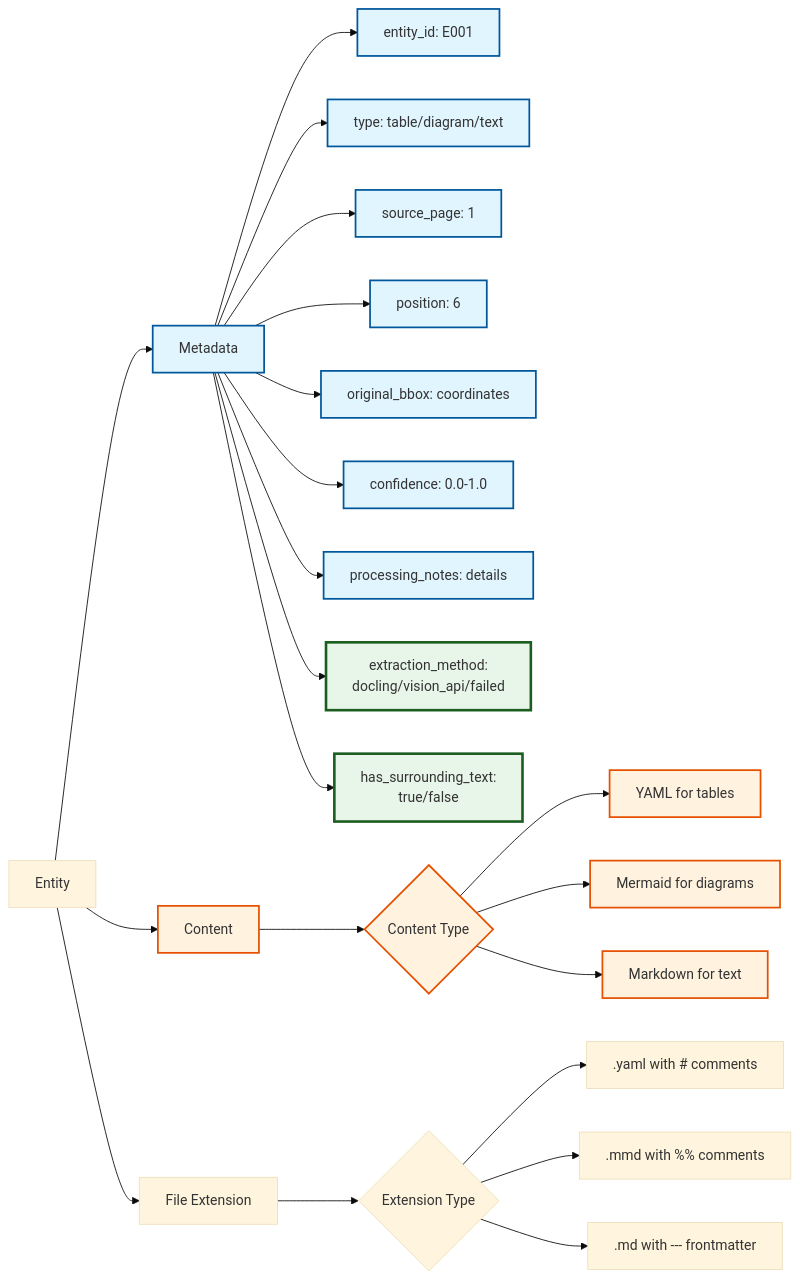
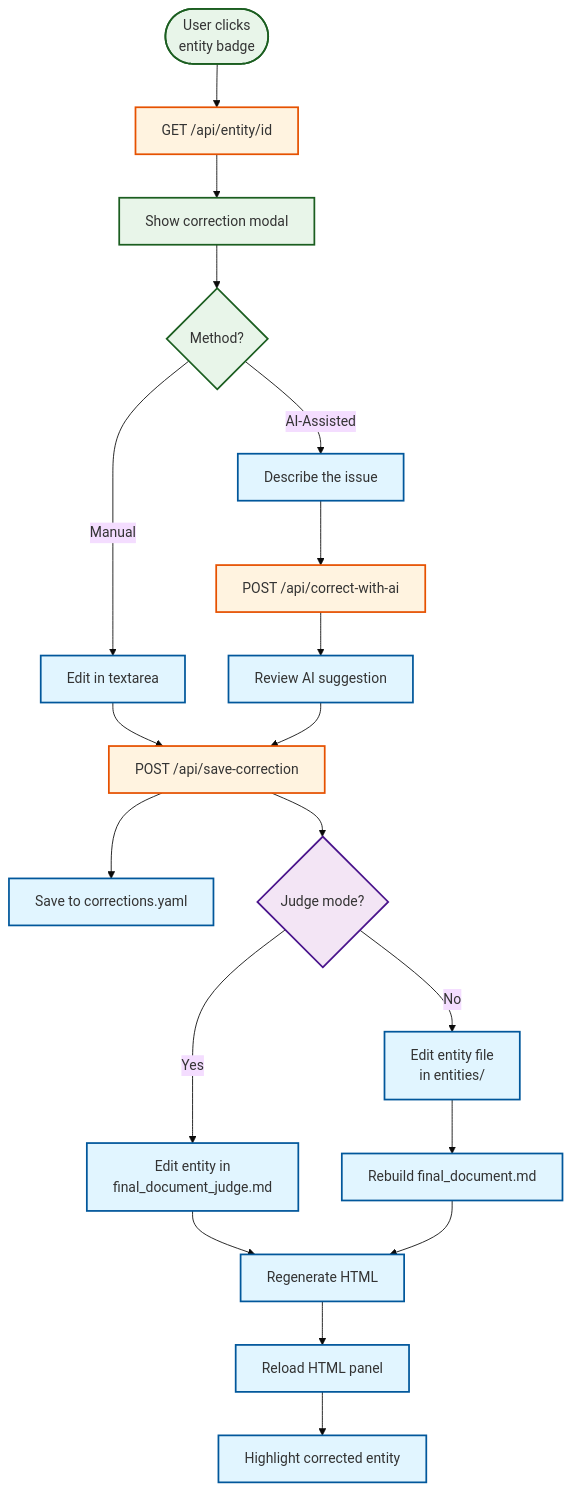
One commit to wonderful-michelakis/danaos_processing changed the fifth of 6 diagrams in docs/architecture/PIPELINE_DIAGRAM.md. Above: the diagram before and after it, drawn with Mermaid (base theme). The commit also changed other lines of this file and 8 other files, not shown here.

````diff
--- a/docs/architecture/PIPELINE_DIAGRAM.md
+++ b/docs/architecture/PIPELINE_DIAGRAM.md
@@ -197,35 +167,39 @@
 ```mermaid
-graph LR
-    Entity[Entity] --> Meta[Metadata]
-    Entity --> Content[Content]
-    Entity --> FileExt[File Extension]
+graph TB
+    UserClick([User clicks<br/>entity badge]) --> FetchEntity[GET /api/entity/id]
+    FetchEntity --> ShowModal[Show correction modal]
 
-    Meta --> ID[entity_id: E001]
-    Meta --> Type[type: table/diagram/text]
-    Meta --> Page[source_page: 1]
-    Meta --> Pos[position: 6]
-    Meta --> BBox[original_bbox: coordinates]
-    Meta --> Conf[confidence: 0.0-1.0]
-    Meta --> Notes[processing_notes: details]
-    Meta --> Method[extraction_method:<br/>docling/vision_api/failed]
-    Meta --> HasText[has_surrounding_text:<br/>true/false]
+    ShowModal --> ChooseMethod{Method?}
 
-    Content --> ContentType{Content Type}
-    ContentType --> TableYAML[YAML for tables]
-    ContentType --> Mermaid[Mermaid for diagrams]
-    ContentType --> Markdown[Markdown for text]
+    ChooseMethod -->|Manual| EditTextarea[Edit in textarea]
+    ChooseMethod -->|AI-Assisted| DescribeIssue[Describe the issue]
 
-    FileExt --> ExtType{Extension Type}
-    ExtType --> YAMLExt[.yaml with # comments]
-    ExtType --> MermaidExt[.mmd with %% comments]
-    ExtType --> MDExt[.md with --- frontmatter]
+    DescribeIssue --> AICall[POST /api/correct-with-ai]
+    AICall --> ReviewAI[Review AI suggestion]
 
-    %% Styling
-    classDef metaClass fill:#e1f5ff,stroke:#01579b,stroke-width:2px
-    classDef contentClass fill:#fff3e0,stroke:#e65100,stroke-width:2px
-    classDef newFieldClass fill:#e8f5e9,stroke:#1b5e20,stroke-width:3px
+    EditTextarea --> Save[POST /api/save-correction]
+    ReviewAI --> Save
 
-    class Meta,ID,Type,Page,Pos,BBox,Conf,Notes metaClass
-    class Method,HasText newFieldClass
-    class Content,ContentType,TableYAML,Mermaid,Markdown contentClass
+    Save --> SaveYAML[Save to corrections.yaml]
+    Save --> UpdateSource{Judge mode?}
+
+    UpdateSource -->|Yes| EditJudgeMD[Edit entity in<br/>final_document_judge.md]
+    UpdateSource -->|No| EditEntityFile[Edit entity file<br/>in entities/]
+    EditEntityFile --> RebuildMD[Rebuild final_document.md]
+
+    EditJudgeMD --> RegenHTML[Regenerate HTML]
+    RebuildMD --> RegenHTML
+
+    RegenHTML --> ReloadViewer[Reload HTML panel]
+    ReloadViewer --> Highlight[Highlight corrected entity]
+
+    classDef userClass fill:#e8f5e9,stroke:#1b5e20,stroke-width:2px
+    classDef processClass fill:#e1f5ff,stroke:#01579b,stroke-width:2px
+    classDef apiClass fill:#fff3e0,stroke:#e65100,stroke-width:2px
+    classDef checkClass fill:#f3e5f5,stroke:#4a148c,stroke-width:2px
+
+    class UserClick,ShowModal,ChooseMethod userClass
+    class EditTextarea,DescribeIssue,ReviewAI,SaveYAML,EditJudgeMD,EditEntityFile,RebuildMD,RegenHTML,ReloadViewer,Highlight processClass
+    class FetchEntity,AICall,Save apiClass
+    class UpdateSource checkClass
 ```
````
